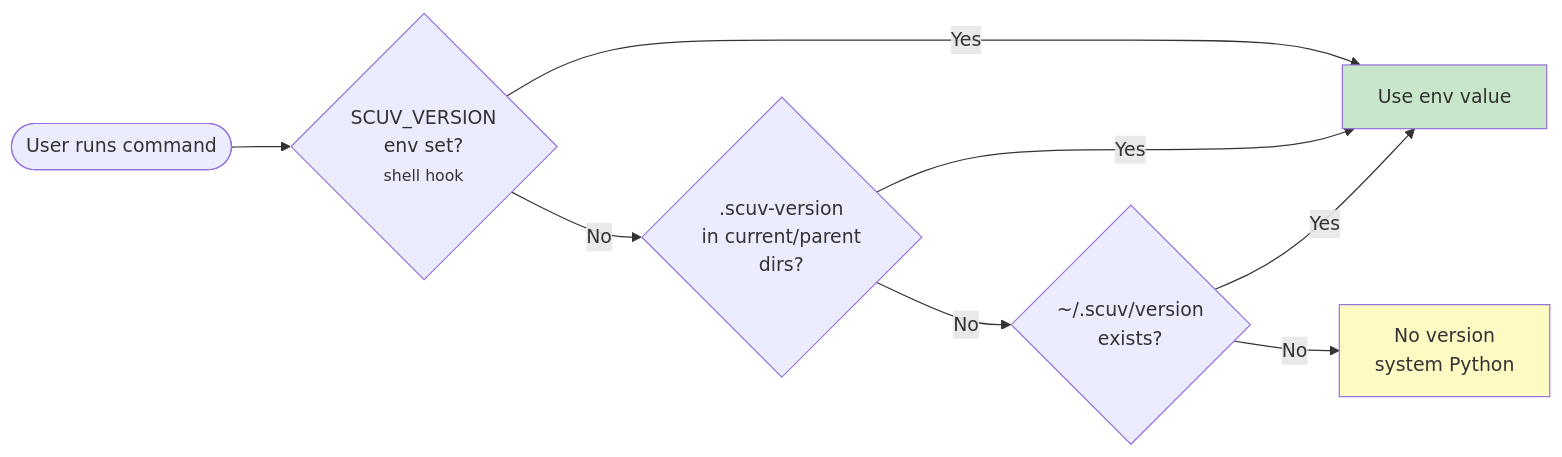
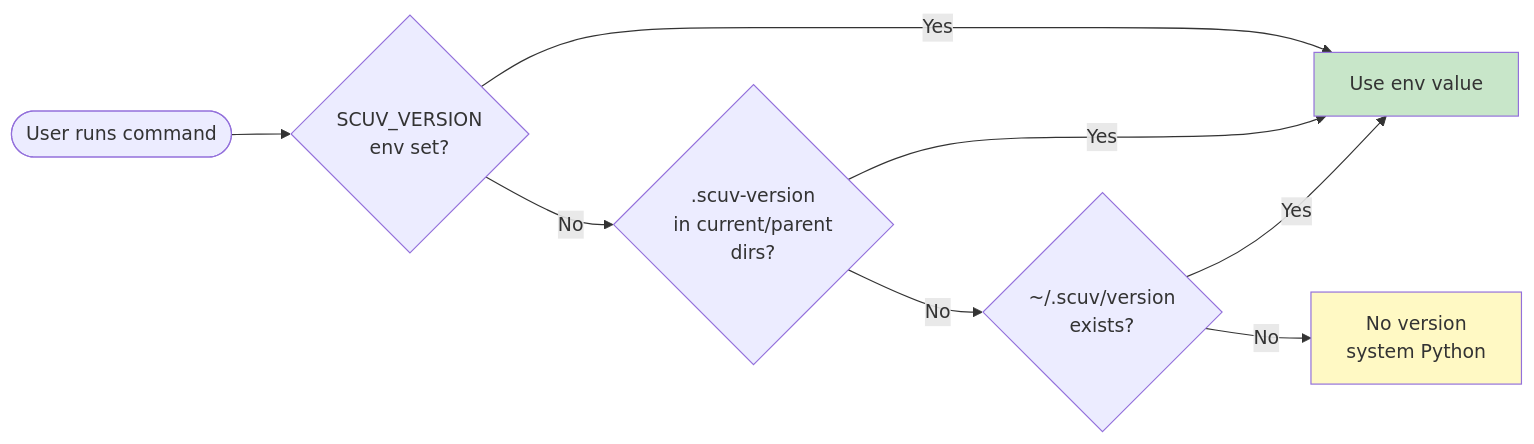
One commit to ai-screams/scoop-uv changed the fourth of 6 diagrams in docs/src/development/architecture.md. Above: the diagram before and after it, drawn with Mermaid. The commit also changed other lines of this file and 18 other files, not shown here.

````diff
--- a/docs/src/development/architecture.md
+++ b/docs/src/development/architecture.md
@@ -224,13 +226,13 @@
 ```mermaid
 graph LR
-    Start([User runs command]) --> Env{SCUV_VERSION<br/>env set?<br/><small>shell hook</small>}
+    Start([User runs command]) --> Env{SCUV_VERSION<br/>env set?}
     Env -->|Yes| Use[Use env value]
     Env -->|No| Local{.scuv-version<br/>in current/parent<br/>dirs?}
     Local -->|Yes| Use
     Local -->|No| Global{~/.scuv/version<br/>exists?}
     Global -->|Yes| Use
     Global -->|No| None[No version<br/>system Python]
 
     style Use fill:#c8e6c9
     style None fill:#fff9c4
 ```
````
